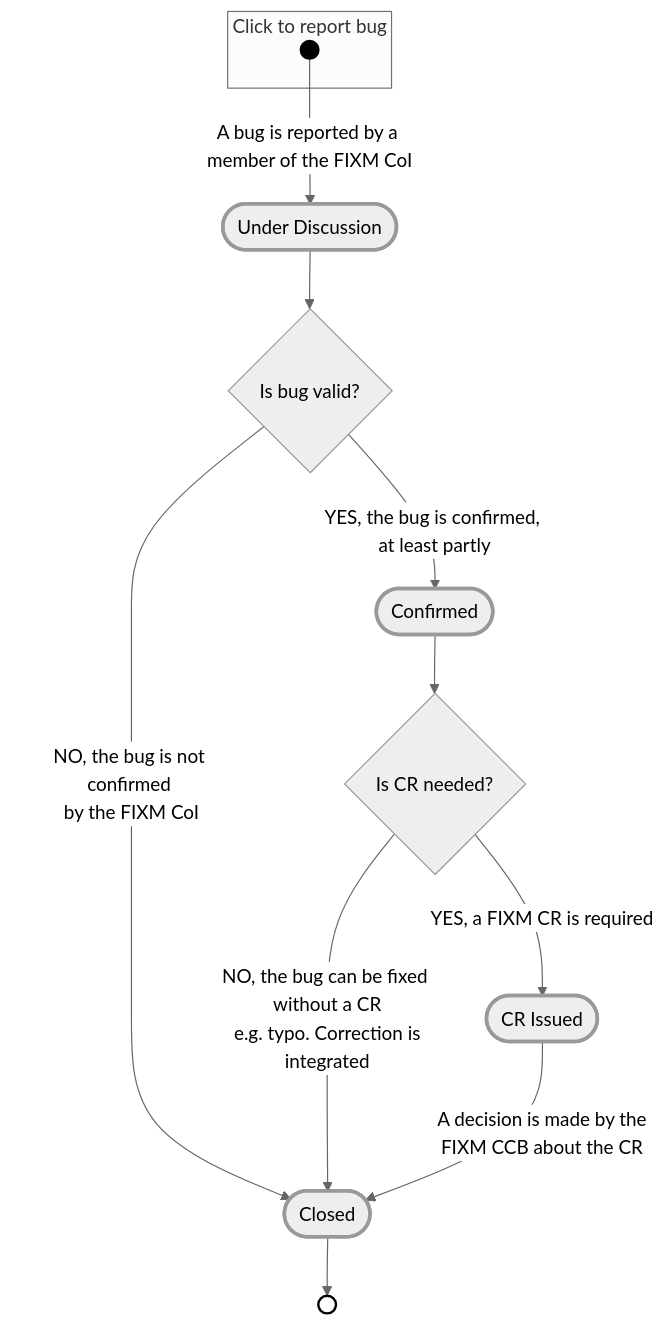
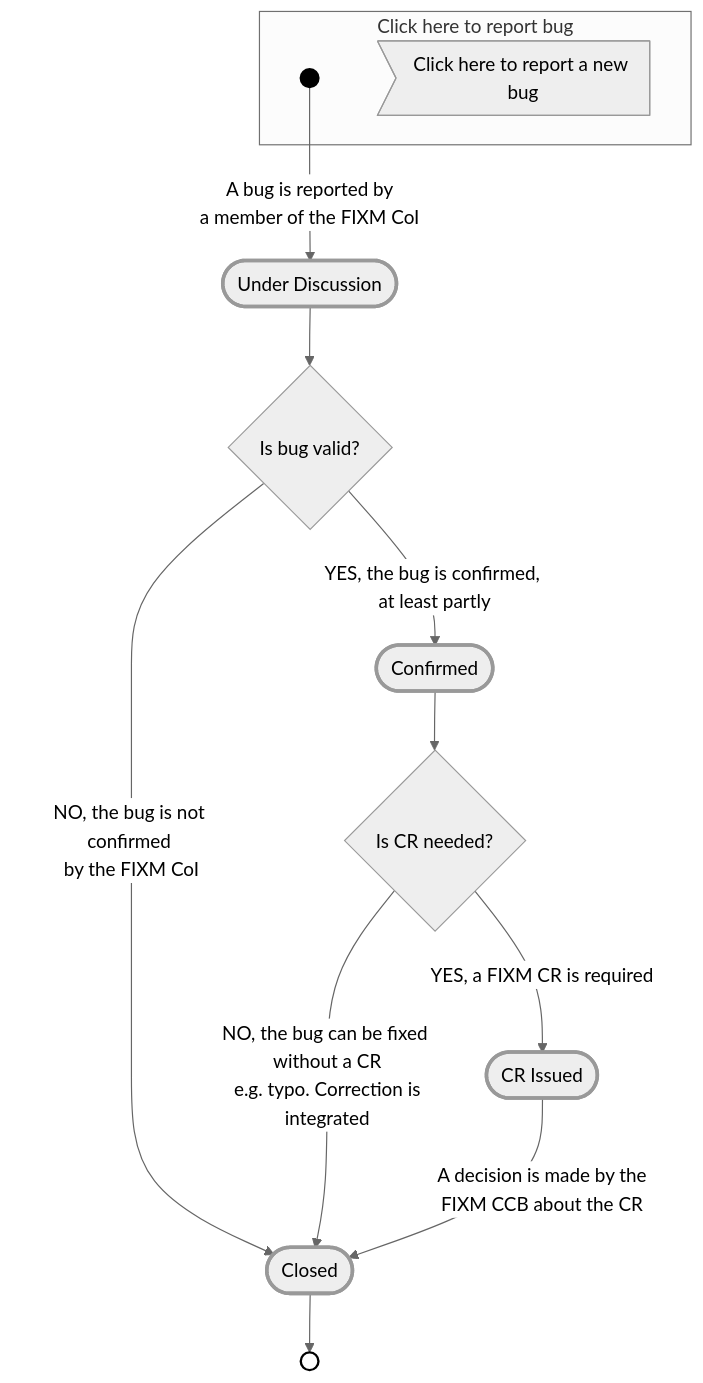
The first of 2 diagrams in docs/fixm/charter.md (du-lapin/test_docsify), drawn with Mermaid (neutral theme) before and after one commit. The commit also changed other lines of this file, not shown here.

````diff
--- a/docs/fixm/charter.md
+++ b/docs/fixm/charter.md
@@ -161,34 +161,35 @@
 ```mermaid
 graph TD
 INITIAL_STATE(( ))
 END_STATE(( ))
 UNDER_DISCUSSION([Under Discussion])
 CONFIRMED([Confirmed])
 CR_ISSUED([CR Issued])
 CLOSED([Closed])
 is_bug_valid{Is bug valid?}
 is_CR_required{Is CR needed?}
 
-INITIAL_STATE --> |A bug is reported by a member of the FIXM CoI| UNDER_DISCUSSION
+INITIAL_STATE --> |A bug is reported by <br>a member of the FIXM CoI| UNDER_DISCUSSION
 UNDER_DISCUSSION --> is_bug_valid
 is_bug_valid --> |NO, the bug is not confirmed <br>by the FIXM CoI| CLOSED
 is_bug_valid --> |YES, the bug is confirmed, at least partly| CONFIRMED
 CONFIRMED --> is_CR_required
 is_CR_required --> |YES, a FIXM CR is required| CR_ISSUED
 is_CR_required --> |NO, the bug can be fixed without a CR<br> e.g. typo. Correction is integrated| CLOSED
 CR_ISSUED --> |A decision is made by the <br>FIXM CCB about the CR| CLOSED
 CLOSED --> END_STATE
 
 style INITIAL_STATE fill:black,stroke:black,stroke-width:2px
 style END_STATE fill:white,stroke:black,stroke-width:2px
 style UNDER_DISCUSSION stroke-width:3px
 style CONFIRMED stroke-width:3px
 style CR_ISSUED stroke-width:3px
 style CLOSED stroke-width:3px
 
-click INITIAL_STATE "https://ost.eurocontrol.int/sites/FIXM/Lists/Bug%20reports/AllItems.aspx" "Click to report a new bug" _blank
+subgraph click_here_to_report_a_bug [Click here to report bug]
+INITIAL_STATE
+CLICK_HERE>Click here to report a new bug]
+end click_here_to_report_a_bug
 
-subgraph click_here_to_report_a_bug [Click to report bug]
-INITIAL_STATE
-end click_here_to_report_a_bug
+click CLICK_HERE "https://ost.eurocontrol.int/sites/FIXM/Lists/Bug%20reports/AllItems.aspx" "Click to report a new bug" _blank
 ```
````
